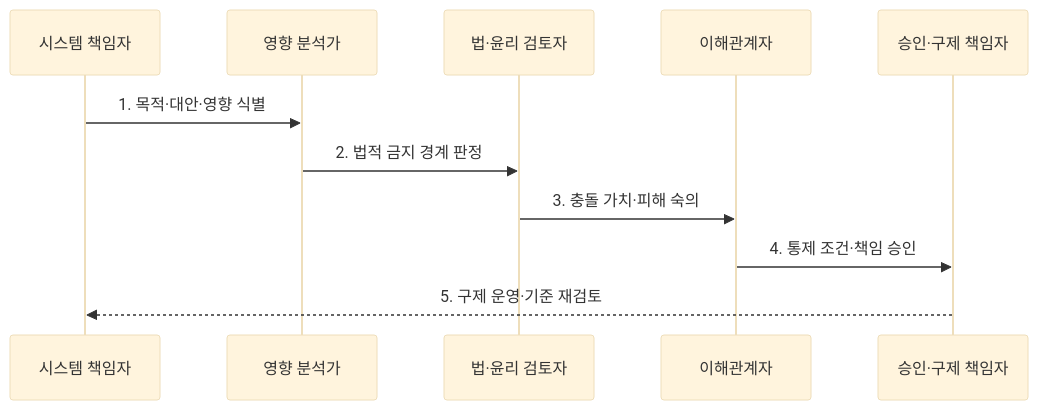
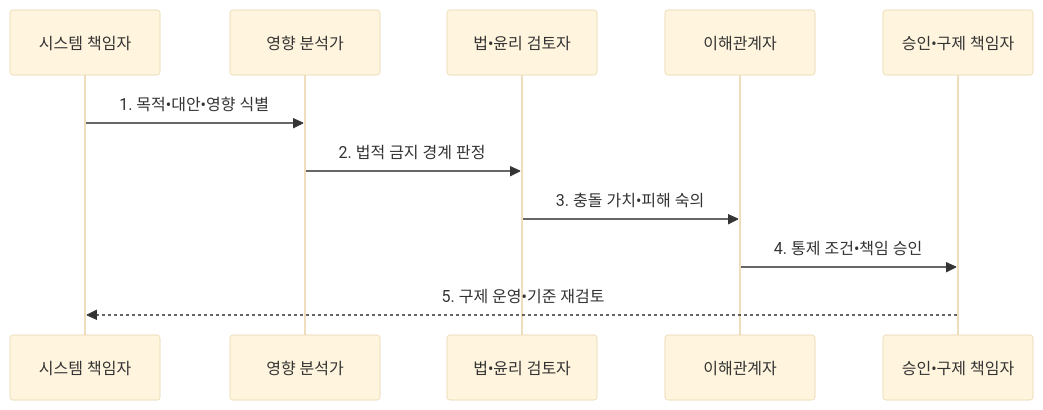
The second of 2 diagrams in src/content/docs/notes/08-latest-tech/109_ai_ethics.md (agnusdei1207/knowledge-base), drawn with Mermaid (base theme) before and after one commit. The commit also changed other lines of this file and 953 other files, not shown here.

````diff
--- a/src/content/docs/notes/08-latest-tech/109_ai_ethics.md
+++ b/src/content/docs/notes/08-latest-tech/109_ai_ethics.md
@@ -103,13 +103,13 @@
 ```mermaid
 sequenceDiagram
     participant O as 시스템 책임자
     participant A as 영향 분석가
-    participant L as 법·윤리 검토자
+    participant L as 법•윤리 검토자
     participant S as 이해관계자
-    participant G as 승인·구제 책임자
-    O->>A: 1. 목적·대안·영향 식별
+    participant G as 승인•구제 책임자
+    O->>A: 1. 목적•대안•영향 식별
     A->>L: 2. 법적 금지 경계 판정
-    L->>S: 3. 충돌 가치·피해 숙의
-    S->>G: 4. 통제 조건·책임 승인
-    G-->>O: 5. 구제 운영·기준 재검토
+    L->>S: 3. 충돌 가치•피해 숙의
+    S->>G: 4. 통제 조건•책임 승인
+    G-->>O: 5. 구제 운영•기준 재검토
 ```
````
